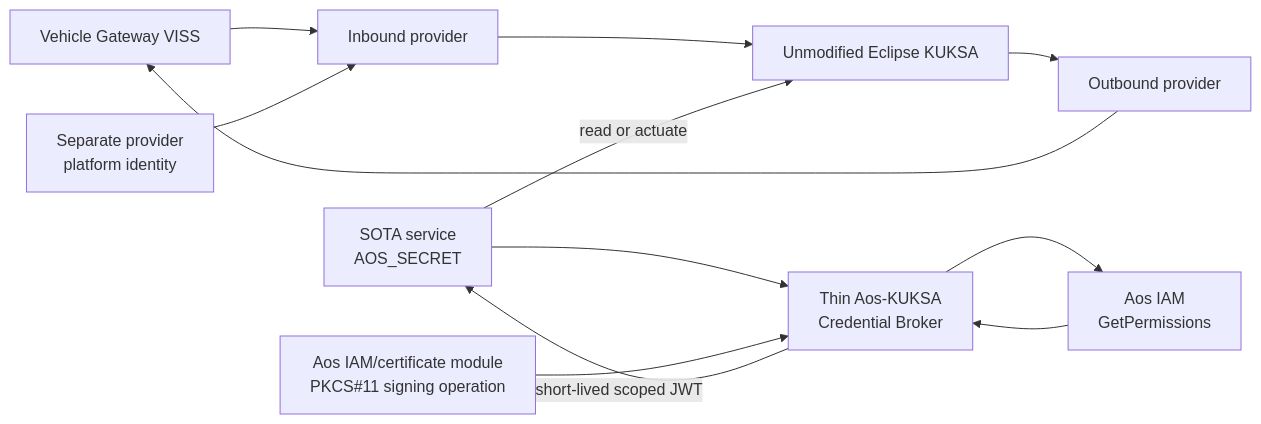
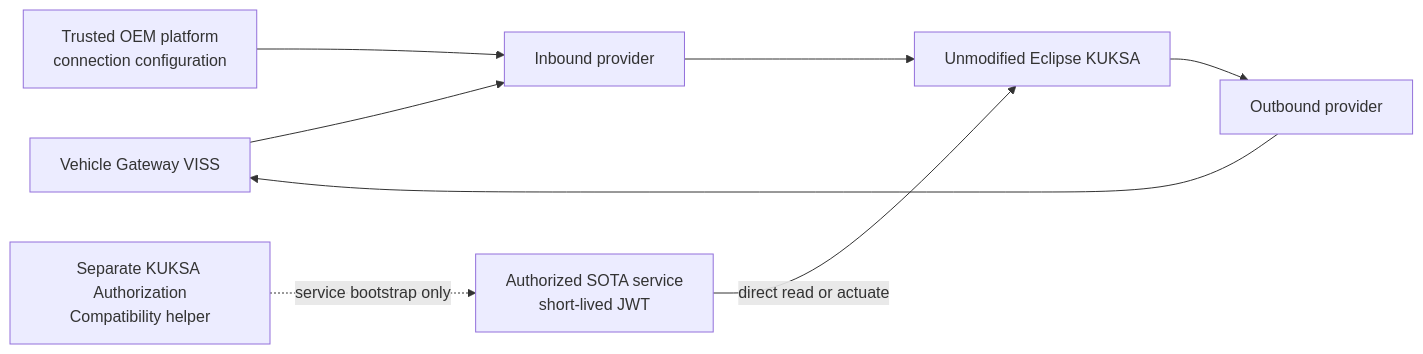
Before and after one commit to alexmaninblack/aosedge-sdv-demo: the diagram in docs/requirements/components/vehicle-data-platform.md, drawn with Mermaid. The commit also changed other lines of this file and 60 other files, not shown here.

````diff
--- a/docs/requirements/components/vehicle-data-platform.md
+++ b/docs/requirements/components/vehicle-data-platform.md
@@ -55,14 +56,10 @@
 ```mermaid
 flowchart LR
     VISS["Vehicle Gateway VISS"] --> IN["Inbound provider"]
     IN --> K["Unmodified Eclipse KUKSA"]
-    S["SOTA service<br/>AOS_SECRET"] --> B["Thin Aos-KUKSA<br/>Credential Broker"]
-    B --> IAM["Aos IAM<br/>GetPermissions"]
-    IAM --> B
-    B -->|"short-lived scoped JWT"| S
-    S -->|"read or actuate"| K
+    S["Authorized SOTA service<br/>short-lived JWT"] -->|"direct read or actuate"| K
     K --> OUT["Outbound provider"]
     OUT --> VISS
-    PKCS["Aos IAM/certificate module<br/>PKCS#11 signing operation"] --> B
-    PI["Separate provider<br/>platform identity"] --> IN
+    KAC["Separate KUKSA Authorization<br/>Compatibility helper"] -. "service bootstrap only" .-> S
+    PI["Trusted OEM platform<br/>connection configuration"] --> IN
 ```
````
